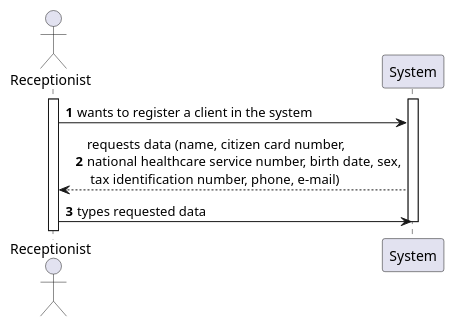
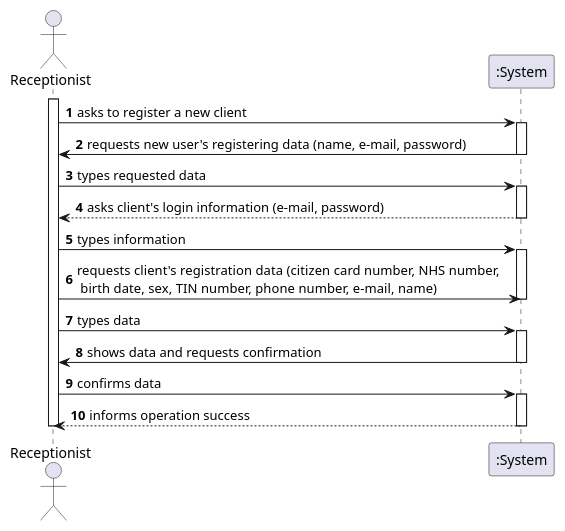
The diagram in docs/SprintB/US03/US3_SSD.puml (MarianaCLages/LAPR2), drawn with PlantUML before and after one commit. The commit also changed 4 other files, not shown here.

```diff
--- a/docs/SprintB/US03/US3_SSD.puml
+++ b/docs/SprintB/US03/US3_SSD.puml
@@ -1,14 +1,30 @@
 @startuml
 'https://plantuml.com/sequence-diagram
+
 autonumber
-actor Receptionist as R
-participant "System" as S
+
+actor "Receptionist" as R
+participant ":System" as S
 activate R
+R -> S: asks to register a new client
 activate S
-R -> S: wants to register a client in the system
-S --> R: requests data (name, citizen card number, \nnational healthcare service number, birth date, sex,\n tax identification number, phone, e-mail)
+R <- S: requests new user's registering data (name, e-mail, password)
+deactivate S
 R -> S: types requested data
-
+activate S
+S --> R: asks client's login information (e-mail, password)
 deactivate S
-
+R -> S: types information
+activate S
+R -> S: requests client's registration data (citizen card number, NHS number,\n birth date, sex, TIN number, phone number, e-mail, name)
+deactivate S
+R -> S: types data
+activate S
+S -> R: shows data and requests confirmation
+deactivate S
+R -> S: confirms data
+activate S
+S --> R : informs operation success
+deactivate S
+deactivate R
 @enduml
```
